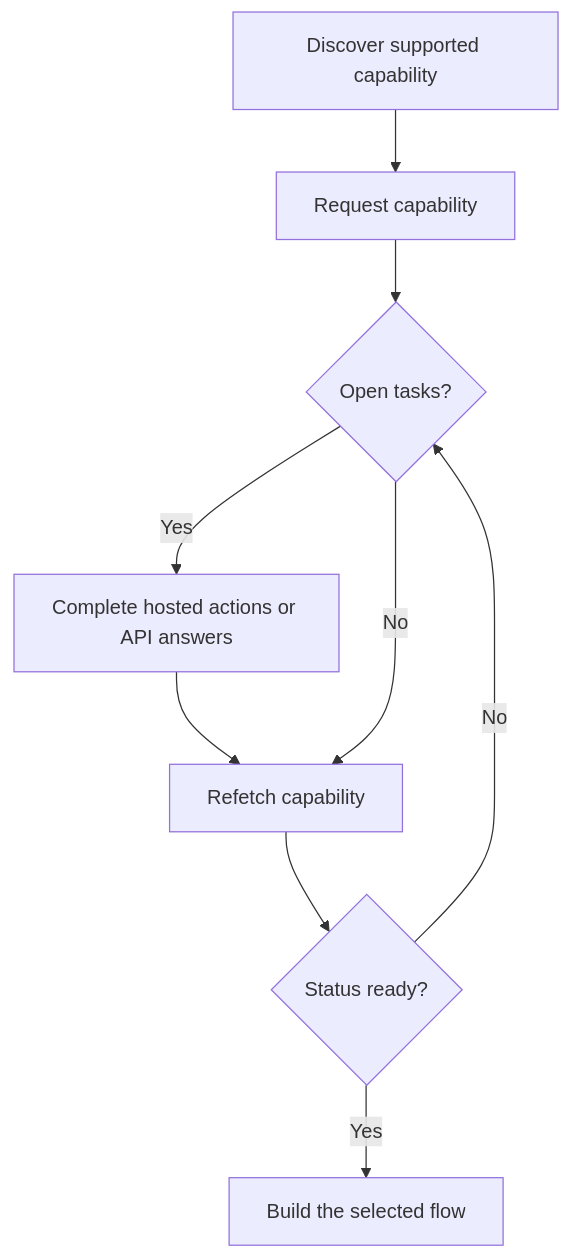
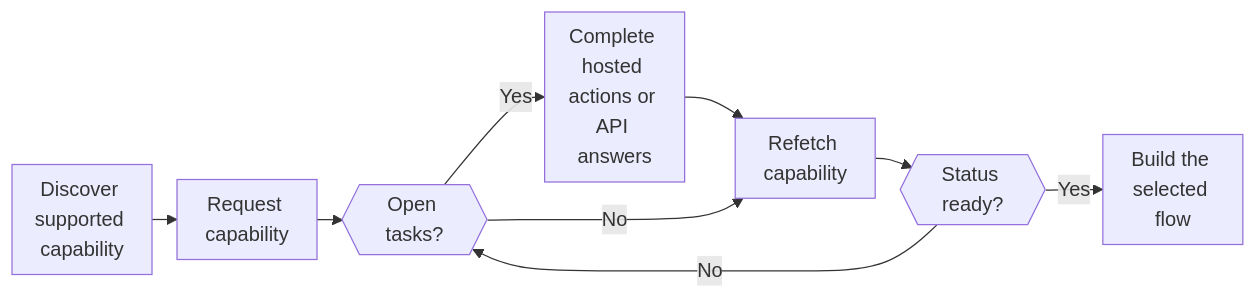
Before and after one commit to swipelux/public-docs: the diagram in ca/integration/onboarding/capabilities-and-requirements.mdx, drawn with Mermaid. The commit also changed 199 other files, not shown here.

````diff
--- a/ca/integration/onboarding/capabilities-and-requirements.mdx
+++ b/ca/integration/onboarding/capabilities-and-requirements.mdx
@@ -8,11 +8,12 @@
 ```mermaid
-flowchart TD
+%%{init: {"flowchart": {"rankSpacing": 20, "nodeSpacing": 16, "wrappingWidth": 80, "padding": 8}}}%%
+flowchart LR
   A["Discover supported capability"] --> B["Request capability"]
-  B --> C{"Open tasks?"}
+  B --> C{{"Open tasks?"}}
   C -->|"Yes"| D["Complete hosted actions or API answers"]
   D --> E["Refetch capability"]
   C -->|"No"| E
-  E --> F{"Status ready?"}
+  E --> F{{"Status ready?"}}
   F -->|"No"| C
   F -->|"Yes"| G["Build the selected flow"]
 ```
````
